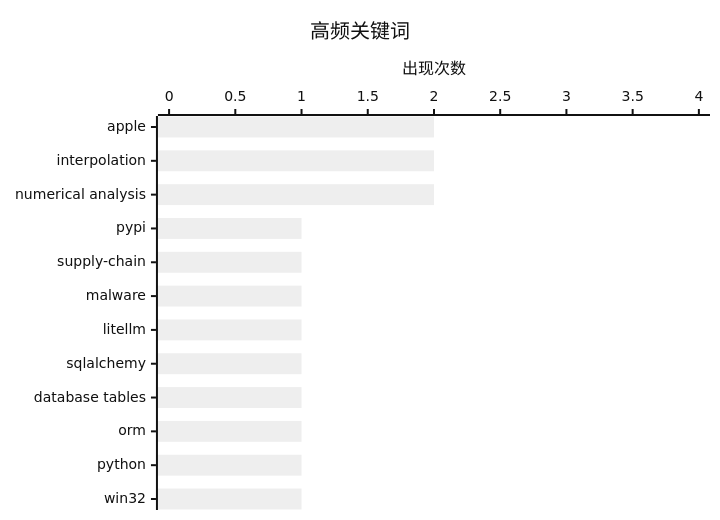
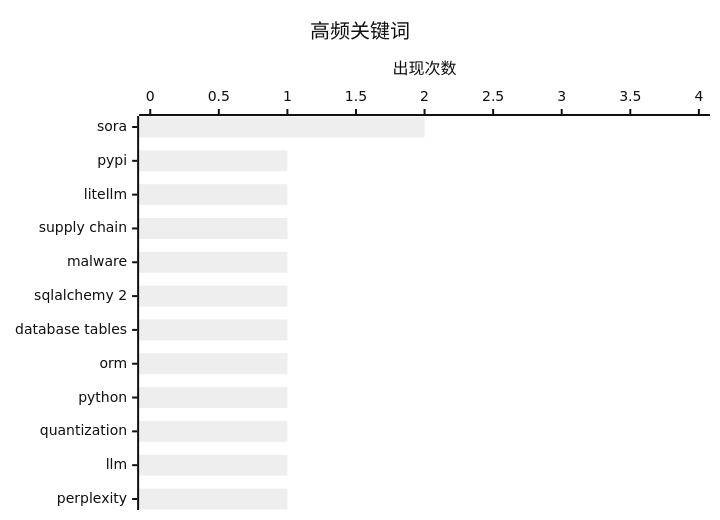
The second of 2 diagrams in content/ai-daily/2026-03-27.md (originem0/SZBlog), drawn with Mermaid (neutral theme) before and after one commit. The commit also changed other lines of this file, not shown here.

````diff
--- a/content/ai-daily/2026-03-27.md
+++ b/content/ai-daily/2026-03-27.md
@@ -67,7 +67,7 @@
 ```mermaid
 xychart-beta horizontal
     title "高频关键词"
-    x-axis ["apple", "interpolation", "numerical analysis", "pypi", "supply-chain", "malware", "litellm", "sqlalchemy", "database tables", "orm", "python", "win32"]
+    x-axis ["sora", "pypi", "litellm", "supply chain", "malware", "sqlalchemy 2", "database tables", "orm", "python", "quantization", "llm", "perplexity"]
     y-axis "出现次数" 0 --> 4
-    bar [2, 2, 2, 1, 1, 1, 1, 1, 1, 1, 1, 1]
+    bar [2, 1, 1, 1, 1, 1, 1, 1, 1, 1, 1, 1]
 ```
````
